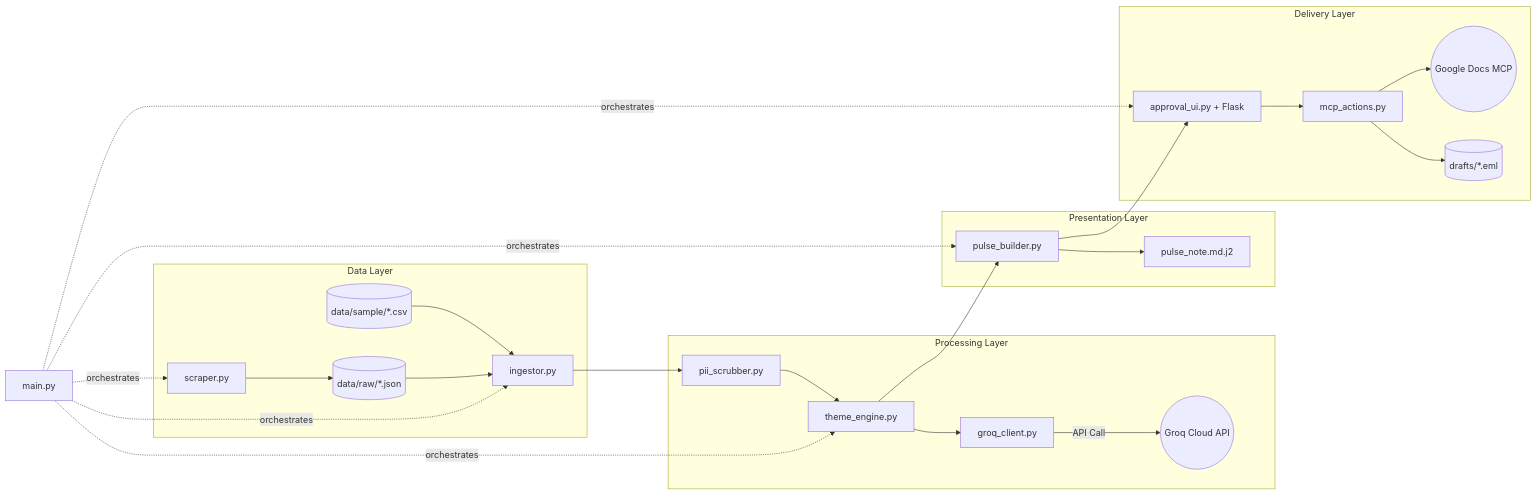
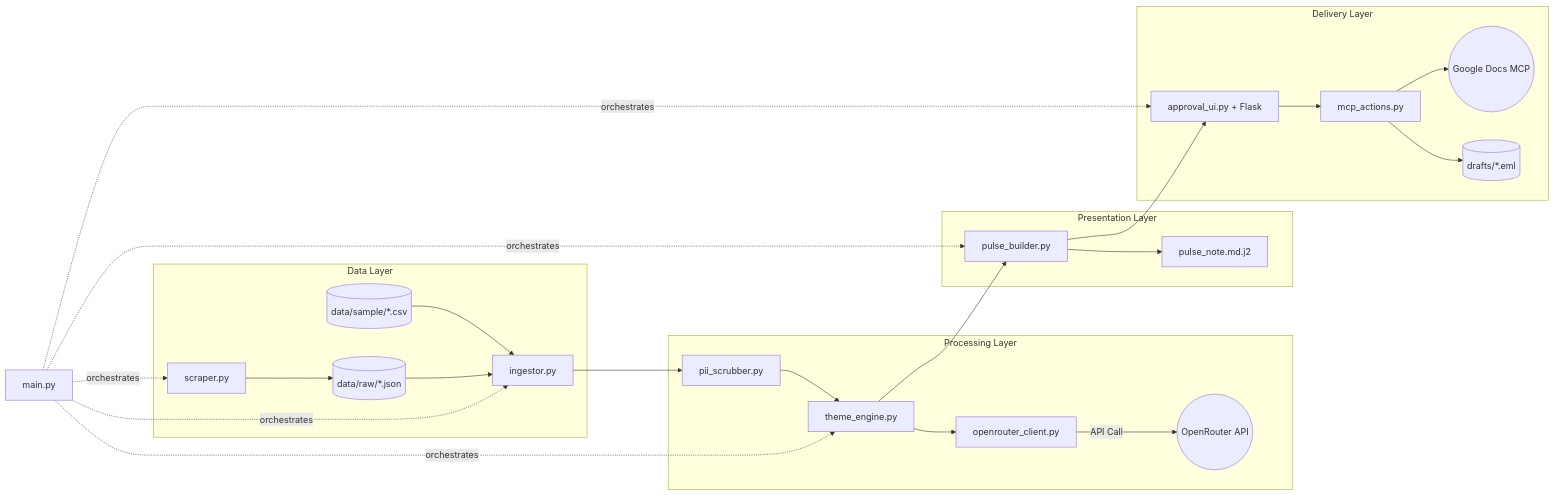
Before and after one commit to Joeyrazor291/INDMoney_Weekly_Pulse_Generator: the second of 8 diagrams in architecture.md, drawn with Mermaid. The commit also changed other lines of this file and 1 other file, not shown here.

Commit message:
docs: Remove Groq and update LLM architecture to OpenRouter

````diff
--- a/architecture.md
+++ b/architecture.md
@@ -78,34 +78,34 @@
 ```mermaid
 graph LR
     subgraph "Data Layer"
         S[scraper.py] --> RAW[(data/raw/*.json)]
         CSV[(data/sample/*.csv)] --> ING
         RAW --> ING[ingestor.py]
     end
 
     subgraph "Processing Layer"
         ING --> PII[pii_scrubber.py]
         PII --> TE[theme_engine.py]
-        TE --> GC[groq_client.py]
-        GC --> |API Call| GROQ((Groq Cloud API))
+        TE --> ORC[openrouter_client.py]
+        ORC --> |API Call| OPENROUTER((OpenRouter API))
     end
 
     subgraph "Presentation Layer"
         TE --> PB[pulse_builder.py]
         PB --> TPL[pulse_note.md.j2]
     end
 
     subgraph "Delivery Layer"
         PB --> UI[approval_ui.py + Flask]
         UI --> MCP[mcp_actions.py]
         MCP --> GDOC((Google Docs MCP))
         MCP --> EML[(drafts/*.eml)]
     end
 
     MAIN[main.py] -.orchestrates.-> S
 
     MAIN -.orchestrates.-> ING
     MAIN -.orchestrates.-> TE
     MAIN -.orchestrates.-> PB
     MAIN -.orchestrates.-> UI
 ```
````
